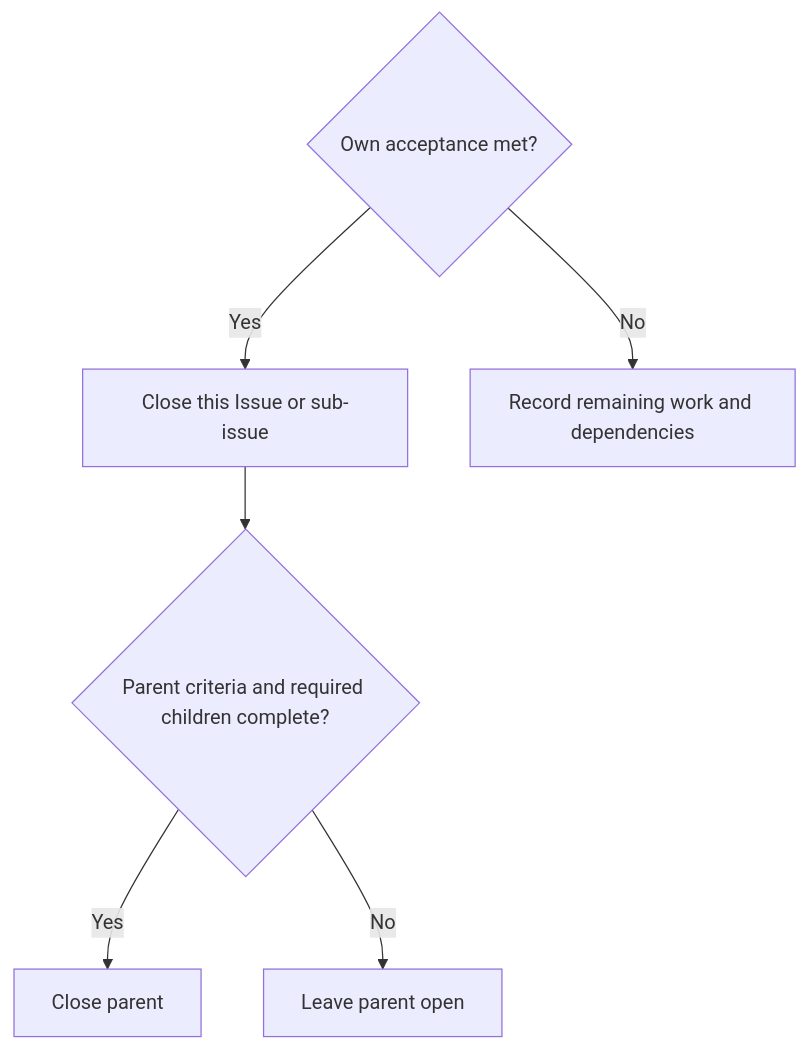
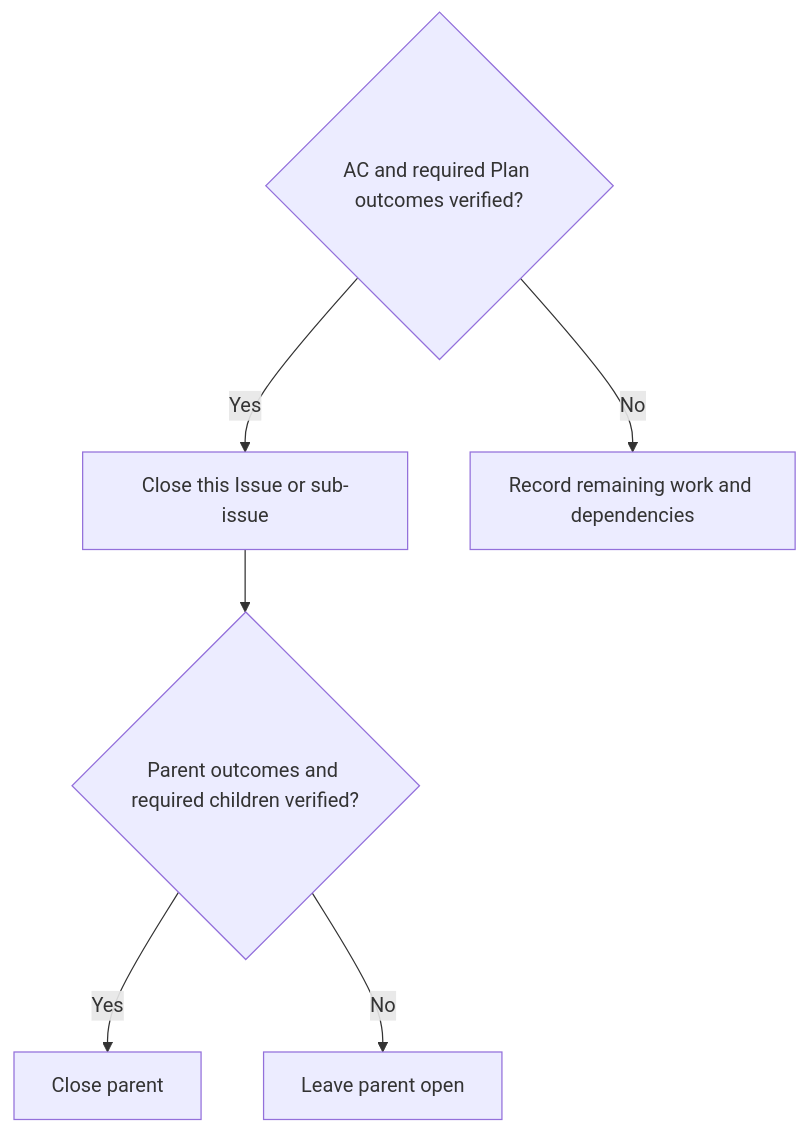
The second of 2 diagrams in CONTRIBUTING.md (ThreeMonth03/depositarAI), drawn with Mermaid before and after one commit. The commit also changed other lines of this file and 4 other files, not shown here.

````diff
--- a/CONTRIBUTING.md
+++ b/CONTRIBUTING.md
@@ -166,8 +177,8 @@
 ```mermaid
 flowchart TD
-    Check{Own acceptance met?} -->|Yes| Close[Close this Issue or sub-issue]
+    Check{AC and required Plan outcomes verified?} -->|Yes| Close[Close this Issue or sub-issue]
     Check -->|No| Keep[Record remaining work and dependencies]
-    Close --> Parent{Parent criteria and required children complete?}
+    Close --> Parent{Parent outcomes and required children verified?}
     Parent -->|Yes| CloseParent[Close parent]
     Parent -->|No| KeepParent[Leave parent open]
 ```
````
